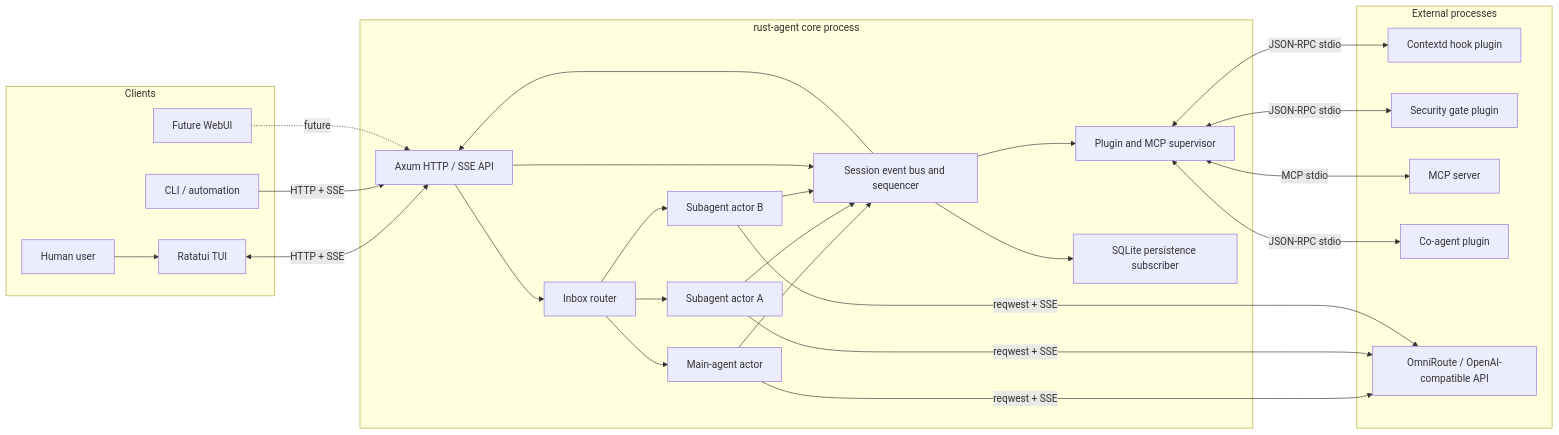
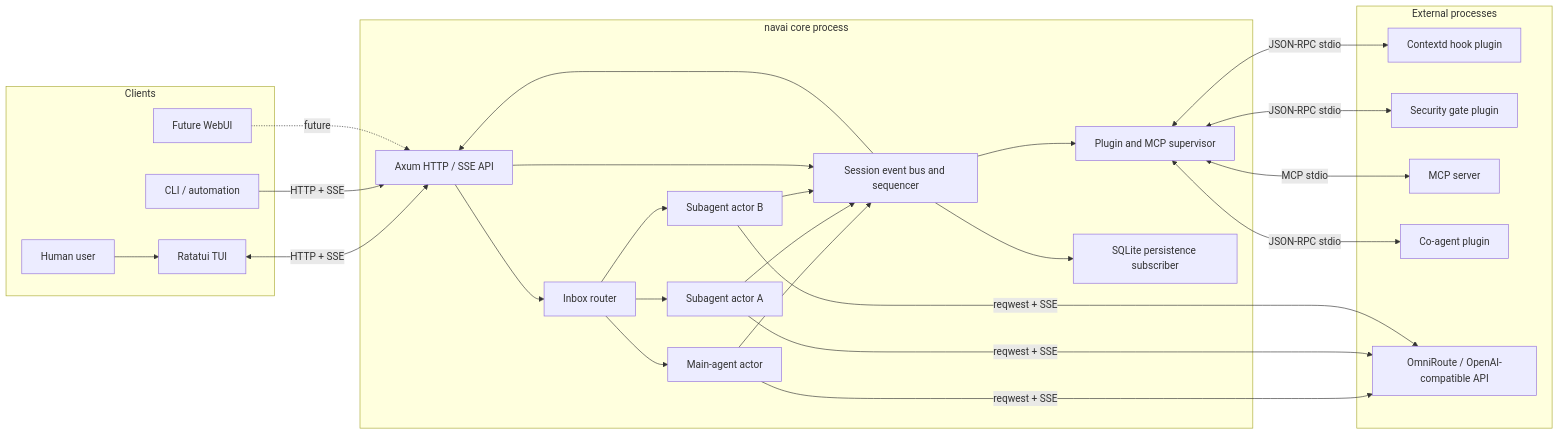
Before and after one commit to PixmaNts/withnav: the first of 2 diagrams in docs/SPEC.md, drawn with Mermaid. The commit also changed other lines of this file and 10 other files, not shown here.

````diff
--- a/docs/SPEC.md
+++ b/docs/SPEC.md
@@ -154,56 +154,56 @@
 ```mermaid
 flowchart LR
     subgraph Clients
         TUI[Ratatui TUI]
         WEB[Future WebUI]
         CLI[CLI / automation]
         USER[Human user]
     end
 
-    subgraph Core["rust-agent core process"]
+    subgraph Core["navai core process"]
         API[Axum HTTP / SSE API]
         ROUTER[Inbox router]
         BUS[Session event bus and sequencer]
         MAIN[Main-agent actor]
         SUB1[Subagent actor A]
         SUB2[Subagent actor B]
         SUP[Plugin and MCP supervisor]
         STORE[SQLite persistence subscriber]
     end
 
     subgraph External["External processes"]
         HOOK1[Contextd hook plugin]
         HOOK2[Security gate plugin]
         MCP1[MCP server]
         CO[Co-agent plugin]
         MODEL[OmniRoute / OpenAI-compatible API]
     end
 
     USER --> TUI
     TUI <-->|HTTP + SSE| API
     CLI -->|HTTP + SSE| API
     WEB -. future .-> API
 
     API --> ROUTER
     ROUTER --> MAIN
     ROUTER --> SUB1
     ROUTER --> SUB2
 
     MAIN --> BUS
     SUB1 --> BUS
     SUB2 --> BUS
     API --> BUS
 
     BUS --> API
     BUS --> STORE
     BUS --> SUP
 
     MAIN -->|reqwest + SSE| MODEL
     SUB1 -->|reqwest + SSE| MODEL
     SUB2 -->|reqwest + SSE| MODEL
 
     SUP <-->|JSON-RPC stdio| HOOK1
     SUP <-->|JSON-RPC stdio| HOOK2
     SUP <-->|MCP stdio| MCP1
     SUP <-->|JSON-RPC stdio| CO
 ```
````
